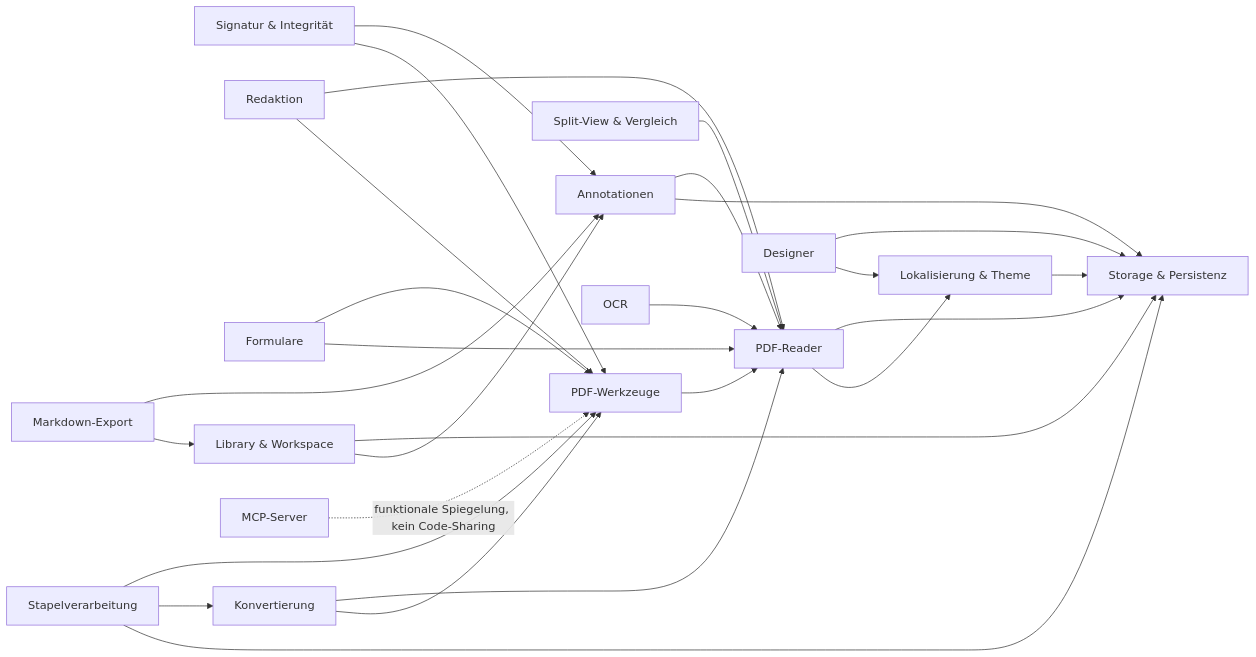
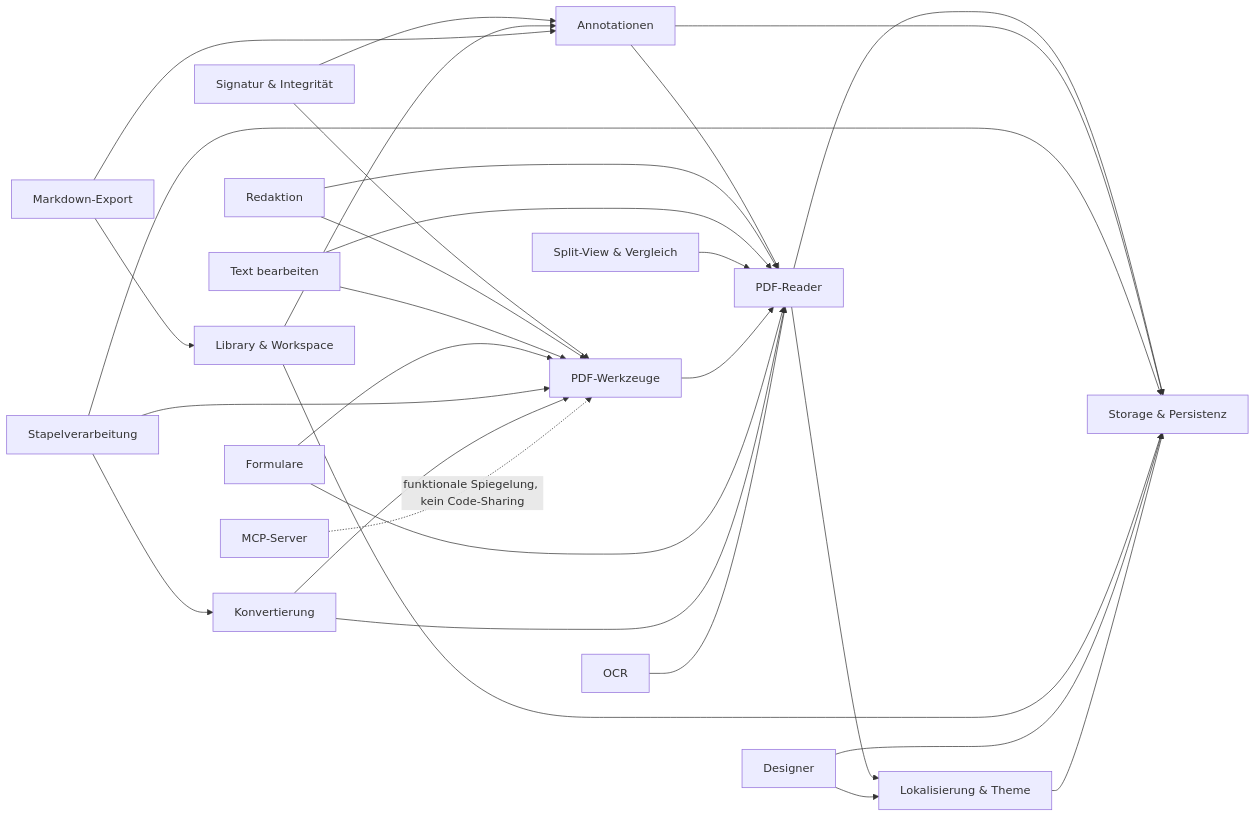
Before and after one commit to LupusMalusDeviant/Pagebound: the diagram in docs/blueprints/INDEX.md, drawn with Mermaid. The commit also changed other lines of this file and 2 other files, not shown here.

Commit message:
docs(edit): E-04b Blueprint text-bearbeiten.md + INDEX (Runde 2 komplett)
Neues Feature-Blueprint (Cover+Redraw, transient, Grenzen ehrlich benannt),
INDEX um Feature-Zeile + Graph-Knoten ergaenzt, Konvertierung-Zeile um DOCX.

````diff
--- a/docs/blueprints/INDEX.md
+++ b/docs/blueprints/INDEX.md
@@ -34,46 +35,49 @@
 ```mermaid
 graph LR
     Reader[PDF-Reader]
     Anno[Annotationen]
     Sig[Signatur & Integrität]
     Redakt[Redaktion]
+    Edit[Text bearbeiten]
     Split[Split-View & Vergleich]
     Tools[PDF-Werkzeuge]
     Forms[Formulare]
     Batch[Stapelverarbeitung]
     Konv[Konvertierung]
     OCR[OCR]
     Lib[Library & Workspace]
     MD[Markdown-Export]
     Designer[Designer]
     Storage[Storage & Persistenz]
     L10n[Lokalisierung & Theme]
     MCP[MCP-Server]
 
     Reader --> Storage
     Reader --> L10n
     Anno --> Reader
     Anno --> Storage
     Sig --> Anno
     Sig --> Tools
     Redakt --> Reader
     Redakt --> Tools
+    Edit --> Reader
+    Edit --> Tools
     Split --> Reader
     Tools --> Reader
     Forms --> Tools
     Forms --> Reader
     Batch --> Tools
     Batch --> Konv
     Batch --> Storage
     Konv --> Reader
     Konv --> Tools
     OCR --> Reader
     Lib --> Storage
     Lib --> Anno
     MD --> Anno
     MD --> Lib
     Designer --> Storage
     Designer --> L10n
     L10n --> Storage
     MCP -.funktionale Spiegelung, kein Code-Sharing.-> Tools
 ```
````
